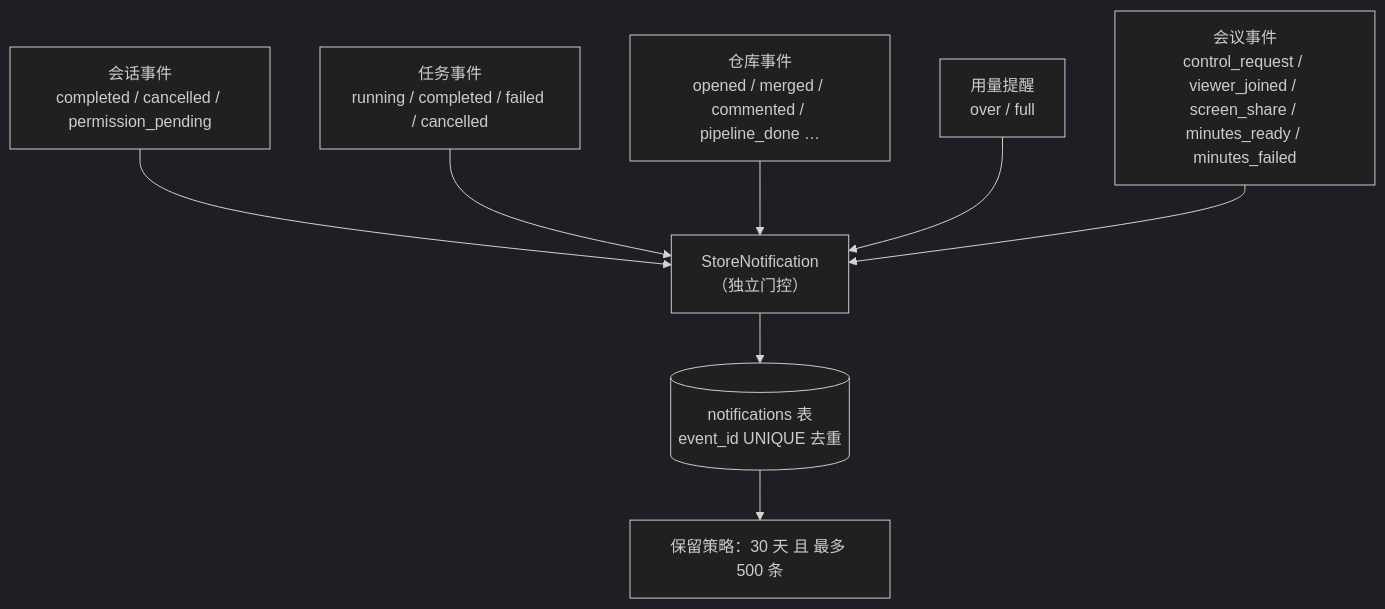
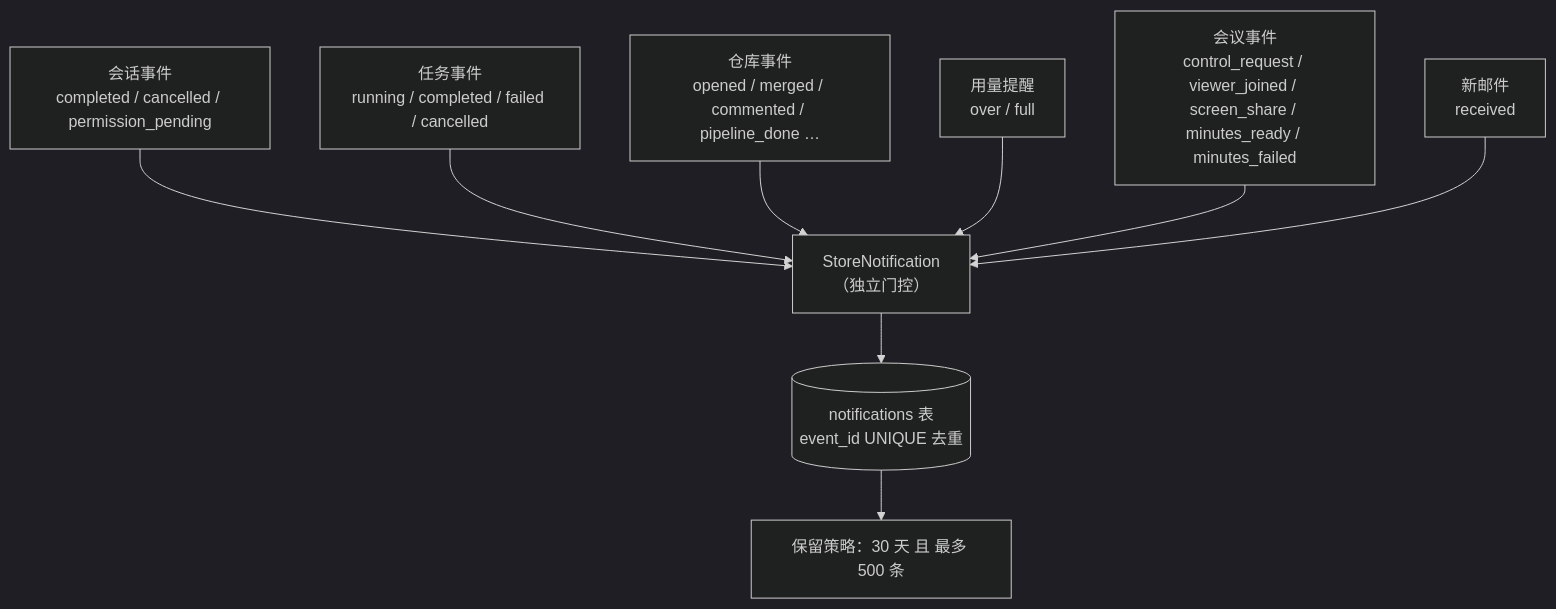
The first of 3 diagrams in docs/spec/features/notification-center.md (clawbench-dev/clawbench), drawn with Mermaid (dark theme) before and after one commit. The commit also changed other lines of this file and 56 other files, not shown here.

````diff
--- a/docs/spec/features/notification-center.md
+++ b/docs/spec/features/notification-center.md
@@ -13,10 +13,11 @@
 ```mermaid
 flowchart TD
     A["会话事件<br/>completed / cancelled / permission_pending"] --> S["StoreNotification<br/>（独立门控）"]
     B["任务事件<br/>running / completed / failed / cancelled"] --> S
     C["仓库事件<br/>opened / merged / commented / pipeline_done …"] --> S
     F["用量提醒<br/>over / full"] --> S
     G["会议事件<br/>control_request / viewer_joined / screen_share / minutes_ready / minutes_failed"] --> S
+    H["新邮件<br/>received"] --> S
     S --> D[("notifications 表<br/>event_id UNIQUE 去重")]
     D --> E["保留策略：30 天 且 最多 500 条"]
 ```
````
